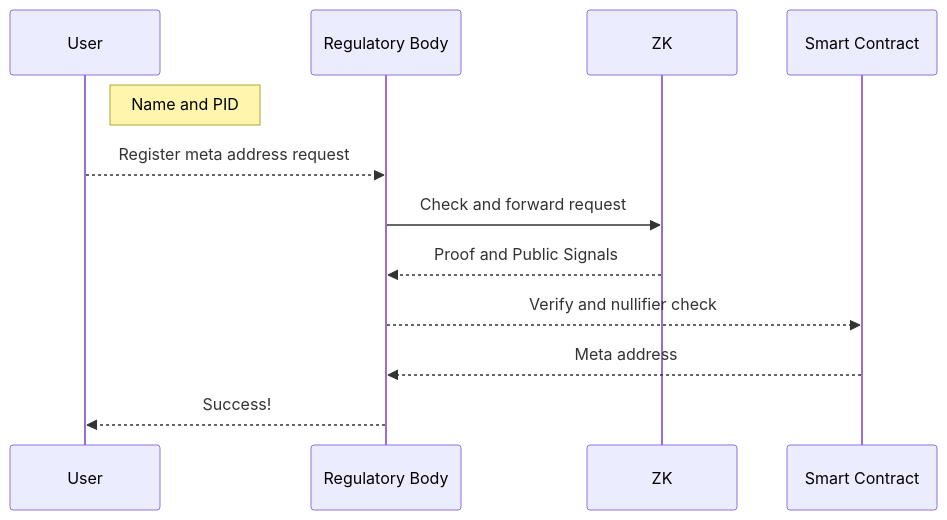
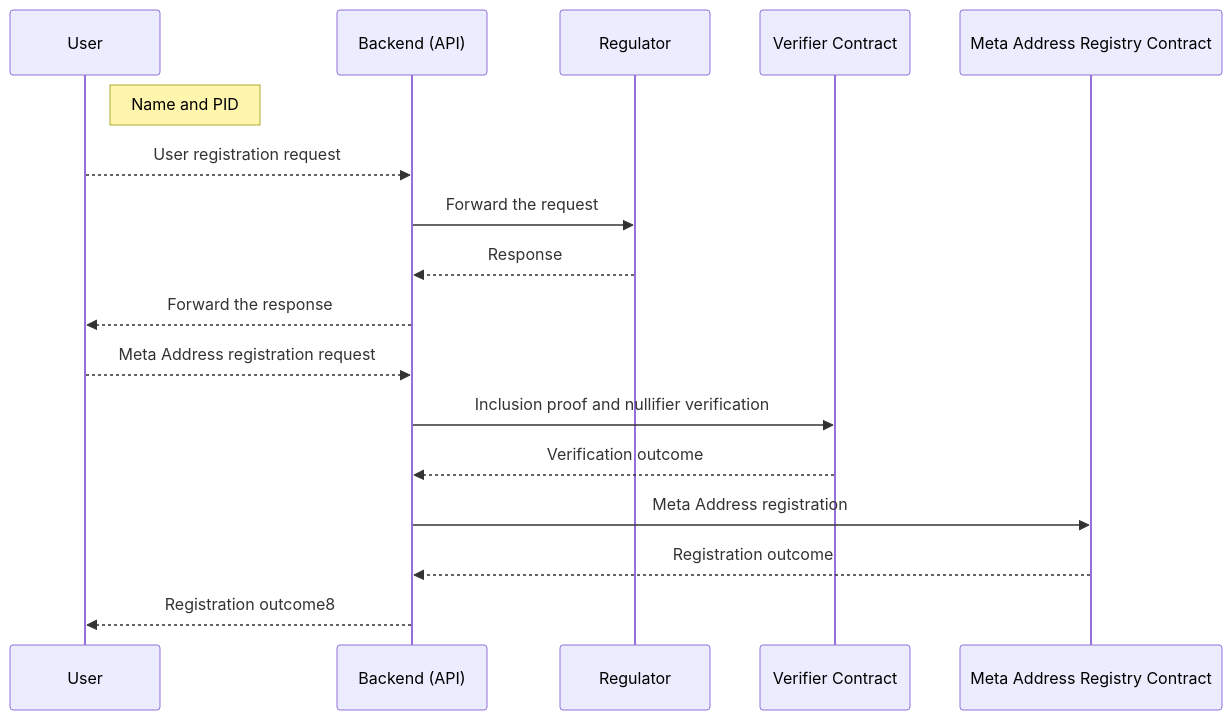
Before and after one commit to 0x3327/ecpdksap: the diagram in stealth-api/README.MD, drawn with Mermaid.

````diff
--- a/stealth-api/README.MD
+++ b/stealth-api/README.MD
@@ -6,16 +6,22 @@
 ```mermaid
 sequenceDiagram
     participant User
-    participant Regulatory Body
-    participant ZK
-    participant Smart Contract
+    participant Backend (API)
+    participant Regulator
+    participant Verifier Contract
+    participant Meta Address Registry Contract
 
 
     Note right of User: Name and PID
-    User-->>Regulatory Body: Register meta address request
-    Regulatory Body->>ZK: Check and forward request
-    ZK-->>Regulatory Body: Proof and Public Signals
-    Regulatory Body-->>Smart Contract: Verify and nullifier check
-    Smart Contract-->>Regulatory Body: Meta address
-    Regulatory Body-->>User: Success!
+    User-->>Backend (API): User registration request
+    Backend (API)->>Regulator: Forward the request
+    Regulator-->>Backend (API): Response
+    Backend (API)-->>User: Forward the response
+
+    User-->>Backend (API): Meta Address registration request
+    Backend (API)->>Verifier Contract: Inclusion proof and nullifier verification
+    Verifier Contract-->>Backend (API): Verification outcome
+    Backend (API)->>Meta Address Registry Contract: Meta Address registration
+    Meta Address Registry Contract-->>Backend (API): Registration outcome
+    Backend (API)-->>User: Registration outcome8
 ```
````
